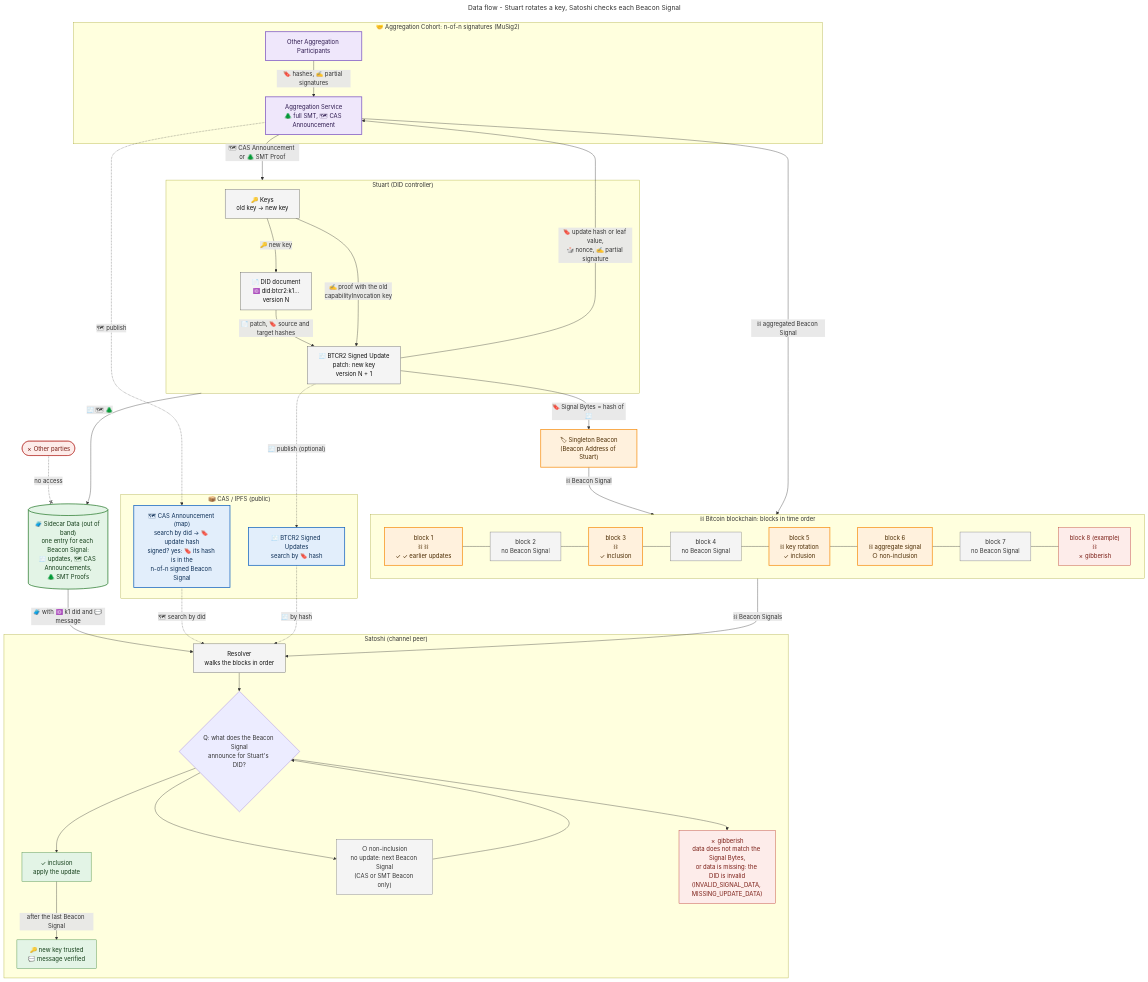
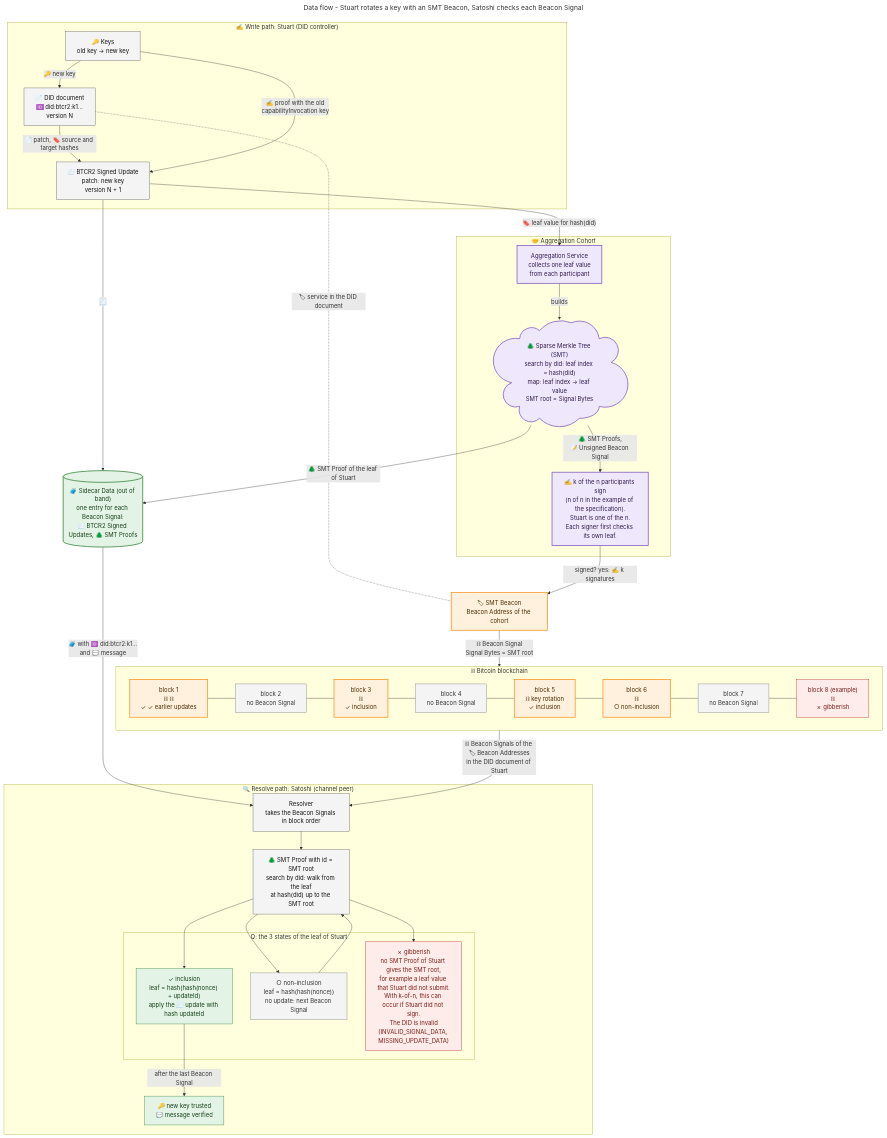
One commit to dcdpr/website-btcr2-dev changed the diagram in public/diagrams/stuart-meets-satoshi/data-flow.mmd. Above: the diagram before and after it, drawn with Mermaid.

Commit message:
docs(diagrams): show the data flow as SMT Beacon aggregation
The cloud in the sketch is the Sparse Merkle Tree (SMT) of the
Aggregation Service, not CAS. The data flow now shows only the SMT
Beacon path.

- The cohort signs with k of n participants. The specification gives
  n-of-n as the RECOMMENDED example.
- The 3 leaf states of the DID (inclusion, non-inclusion, gibberish)
  show the leaf values from the SMT Proof Verification algorithm.
- The gibberish state tells that k-of-n lets a signal carry a leaf
  value that the DID controller did not submit.
- The crossed-out figure of the sketch is not used.

```diff
--- a/public/diagrams/stuart-meets-satoshi/data-flow.mmd
+++ b/public/diagrams/stuart-meets-satoshi/data-flow.mmd
@@ -1,102 +1,98 @@
 ---
-title: Data flow - Stuart rotates a key, Satoshi checks each Beacon Signal
+title: Data flow - Stuart rotates a key with an SMT Beacon, Satoshi checks each Beacon Signal
 ---
 
 %% Technical version of the hand sketch "btcr2 data flow visualization".
 %% Sketch element → diagram element:
 %%   smiley at the left → Stuart; smiley with a top hat at the right → Satoshi
-%%   "Agg" with three small faces and "k/n" → Aggregation Service and Aggregation Cohort (n-of-n in the spec example)
 %%   stars and papers → keys, DID document, BTCR2 Signed Update
-%%   tower → Singleton Beacon
-%%   "Map", "search by did", "signed? yes" → CAS Announcement: search by did, authenticated by the n-of-n signed Beacon Signal
-%%   cloud with a tree → CAS / IPFS and the SMT of the Aggregation Service
+%%   "Agg" with three small faces and "k/n" → Aggregation Service and Aggregation Cohort: k-of-n signatures
+%%     (the specification gives n-of-n as the RECOMMENDED example)
+%%   tower → SMT Beacon: the Beacon Address of the cohort, a service in the DID document of Stuart
+%%   cloud with a tree → Sparse Merkle Tree (SMT) of the Aggregation Service
+%%   "search by did", "Map" → the leaf index of a DID is hash(did); the SMT maps each index to a leaf value
+%%   "signed? yes" → k of n participants sign the Beacon Signal; its Signal Bytes are the SMT root
 %%   "Sidecar" stack, one row for each dot → Sidecar Data: one entry for each Beacon Signal
-%%   crossed-out figure → other parties: no access to the Sidecar Data
 %%   "K1" → did:btcr2:k1 identifier
 %%   bar with cells and dots → Bitcoin blocks with Beacon Signals
-%%   "Q: inclusion, non-inclusion, gibberish" and the faces under the bar → result of each Beacon Signal for Stuart's DID
+%%   "Q", "inclusion, non-inclusion, gibberish", tall box with 3 parts → the 3 states of the leaf of Stuart
+%%   faces under the bar → the leaf state for each Beacon Signal
+%%   crossed-out figure → not used
 %% Icons are the same as in data-movement.mmd.
 
 flowchart TB
     classDef actor fill:#f4f4f4,stroke:#555555,color:#111111
     classDef chain fill:#fff1dd,stroke:#f7931a,stroke-width:2px,color:#4a2a00
     classDef agg fill:#efe7fb,stroke:#7e57c2,stroke-width:2px,color:#2e1a4f
     classDef sidecar fill:#e3f4e6,stroke:#2e7d32,stroke-width:2px,color:#123d17
-    classDef cas fill:#e2eefb,stroke:#1565c0,stroke-width:2px,color:#0b2d55
     classDef ok fill:#e3f4e6,stroke:#2e7d32,color:#123d17
     classDef none fill:#f4f4f4,stroke:#777777,color:#333333
     classDef bad fill:#fdecea,stroke:#b3261e,color:#7a1d15
 
-    subgraph Cohort["🤝 Aggregation Cohort: n-of-n signatures (MuSig2)"]
-      Agg["Aggregation Service<br/>🌲 full SMT, 🗺 CAS Announcement"]:::agg
-      Others["Other Aggregation Participants"]:::agg
-    end
-
-    subgraph Stuart["Stuart (DID controller)"]
+    subgraph Stuart["✍ Write path: Stuart (DID controller)"]
       Keys["🔑 Keys<br/>old key → new key"]:::actor
       Doc["📄 DID document<br/>🆔 did:btcr2:k1…<br/>version N"]:::actor
       Update["🧾 BTCR2 Signed Update<br/>patch: new key<br/>version N + 1"]:::actor
     end
 
-    Beacon["🏷 Singleton Beacon<br/>(Beacon Address of Stuart)"]:::chain
+    subgraph Cohort["🤝 Aggregation Cohort"]
+      Agg["Aggregation Service<br/>collects one leaf value<br/>from each participant"]:::agg
+      SMT@{ shape: cloud, label: "🌲 Sparse Merkle Tree (SMT)<br/>search by did: leaf index = hash(did)<br/>map: leaf index → leaf value<br/>SMT root = Signal Bytes" }
+      Signers["✍ k of the n participants sign<br/>(n of n in the example of the specification).<br/>Stuart is one of the n.<br/>Each signer first checks its own leaf."]:::agg
+    end
+    class SMT agg
 
-    subgraph CAS["📦 CAS / IPFS (public)"]
-      Map["🗺 CAS Announcement (map)<br/>search by did → 🔖 update hash<br/>signed? yes: 🔖 its hash is in the<br/>n-of-n signed Beacon Signal"]:::cas
-      Pub["🧾 BTCR2 Signed Updates<br/>search by 🔖 hash"]:::cas
-    end
+    Beacon["🏷 SMT Beacon<br/>Beacon Address of the cohort"]:::chain
 
-    Sidecar[("🧳 Sidecar Data (out of band)<br/>one entry for each Beacon Signal:<br/>🧾 updates, 🗺 CAS Announcements,<br/>🌲 SMT Proofs")]:::sidecar
-    Outsider(["✗ Other parties"]):::bad
+    Sidecar[("🧳 Sidecar Data (out of band)<br/>one entry for each Beacon Signal:<br/>🧾 BTCR2 Signed Updates, 🌲 SMT Proofs")]:::sidecar
 
-    subgraph Satoshi["Satoshi (channel peer)"]
-      Resolver["Resolver<br/>walks the blocks in order"]:::actor
-      Q{"Q: what does the Beacon Signal<br/>announce for Stuart's DID?"}
-      Inclusion["✓ inclusion<br/>apply the update"]:::ok
-      NonInclusion["○ non-inclusion<br/>no update: next Beacon Signal<br/>(CAS or SMT Beacon only)"]:::none
-      Gibberish["✗ gibberish<br/>data does not match the Signal Bytes,<br/>or data is missing: the DID is invalid<br/>(INVALID_SIGNAL_DATA, MISSING_UPDATE_DATA)"]:::bad
+    subgraph Satoshi["🔍 Resolve path: Satoshi (channel peer)"]
+      Resolver["Resolver<br/>takes the Beacon Signals in block order"]:::actor
+      Check["🌲 SMT Proof with id = SMT root<br/>search by did: walk from the leaf<br/>at hash(did) up to the SMT root"]:::actor
+      subgraph Q["Q: the 3 states of the leaf of Stuart"]
+        Inclusion["✓ inclusion<br/>leaf = hash(hash(nonce) + updateId)<br/>apply the 🧾 update with hash updateId"]:::ok
+        NonInclusion["○ non-inclusion<br/>leaf = hash(hash(nonce))<br/>no update: next Beacon Signal"]:::none
+        Gibberish["✗ gibberish<br/>no SMT Proof of Stuart gives the SMT root,<br/>for example a leaf value that Stuart did not submit.<br/>With k-of-n, this can occur if Stuart did not sign.<br/>The DID is invalid<br/>(INVALID_SIGNAL_DATA, MISSING_UPDATE_DATA)"]:::bad
+      end
       Trusted["🔑 new key trusted<br/>💬 message verified"]:::ok
     end
 
-    subgraph Chain["⛓ Bitcoin blockchain: blocks in time order"]
+    subgraph Chain["⛓ Bitcoin blockchain"]
       direction LR
       B1["block 1<br/>⛓ ⛓<br/>✓ ✓ earlier updates"]:::chain
       B2["block 2<br/>no Beacon Signal"]:::none
       B3["block 3<br/>⛓<br/>✓ inclusion"]:::chain
       B4["block 4<br/>no Beacon Signal"]:::none
       B5["block 5<br/>⛓ key rotation<br/>✓ inclusion"]:::chain
-      B6["block 6<br/>⛓ aggregate signal<br/>○ non-inclusion"]:::chain
+      B6["block 6<br/>⛓<br/>○ non-inclusion"]:::chain
       B7["block 7<br/>no Beacon Signal"]:::none
       B8["block 8 (example)<br/>⛓<br/>✗ gibberish"]:::bad
       B1 --- B2 --- B3 --- B4 --- B5 --- B6 --- B7 --- B8
     end
 
-    %% Stuart constructs the update
+    %% Stuart makes the update
     Keys -->|"🔑 new key"| Doc
     Doc -->|"📄 patch, 🔖 source and target hashes"| Update
     Keys -->|"✍ proof with the old<br/>capabilityInvocation key"| Update
+    Doc -.-|"🏷 service in the DID document"| Beacon
 
-    %% Announce: Singleton Beacon or Aggregate Beacon
-    Update -->|"🔖 Signal Bytes = hash of 🧾"| Beacon
-    Beacon -->|"⛓ Beacon Signal"| Chain
-    Update -->|"🔖 update hash or leaf value,<br/>🎲 nonce, ✍ partial signature"| Agg
-    Others -->|"🔖 hashes, ✍ partial signatures"| Agg
-    Agg -->|"⛓ aggregated Beacon Signal"| Chain
-    Agg -->|"🗺 CAS Announcement or 🌲 SMT Proof"| Stuart
+    %% The cohort aggregates and signs
+    Update -->|"🔖 leaf value for hash(did)"| Agg
+    Agg -->|"builds"| SMT
+    SMT -->|"🌲 SMT Proofs,<br/>📝 Unsigned Beacon Signal"| Signers
+    Signers -->|"signed? yes: ✍ k signatures"| Beacon
+    Beacon -->|"⛓ Beacon Signal<br/>Signal Bytes = SMT root"| Chain
 
-    %% Distribute the data
-    Agg -.->|"🗺 publish"| Map
-    Update -.->|"🧾 publish (optional)"| Pub
-    Stuart -->|"🧾 🗺 🌲"| Sidecar
-    Sidecar -->|"🧳 with 🆔 k1 did and 💬 message"| Resolver
-    Outsider -. "no access" .-x Sidecar
+    %% Stuart gives the data to Satoshi
+    Update -->|"🧾"| Sidecar
+    SMT -->|"🌲 SMT Proof of the leaf of Stuart"| Sidecar
+    Sidecar -->|"🧳 with 🆔 did:btcr2:k1…<br/>and 💬 message"| Resolver
 
     %% Satoshi checks each Beacon Signal
-    Chain -->|"⛓ Beacon Signals"| Resolver
-    Map -.->|"🗺 search by did"| Resolver
-    Pub -.->|"🧾 by hash"| Resolver
-    Resolver --> Q
-    Q --> Inclusion
-    Q --> NonInclusion
-    Q --> Gibberish
+    Chain -->|"⛓ Beacon Signals of the 🏷 Beacon Addresses<br/>in the DID document of Stuart"| Resolver
+    Resolver --> Check
+    Check --> Inclusion
+    Check --> NonInclusion
+    Check --> Gibberish
     Inclusion -->|"after the last Beacon Signal"| Trusted
-    NonInclusion --> Q
+    NonInclusion --> Check
```
